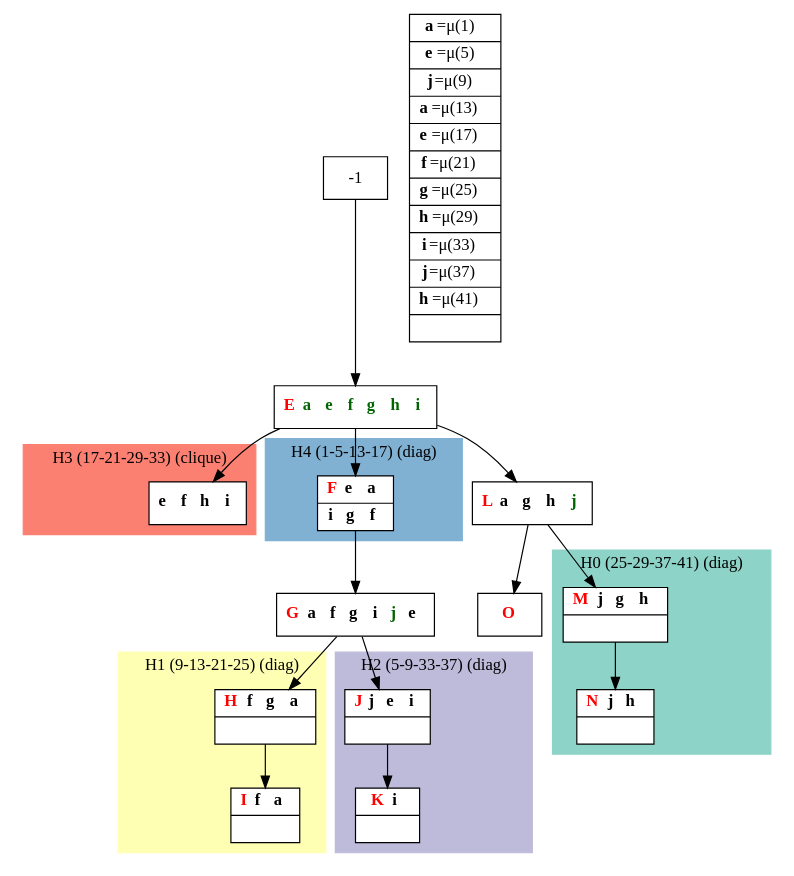
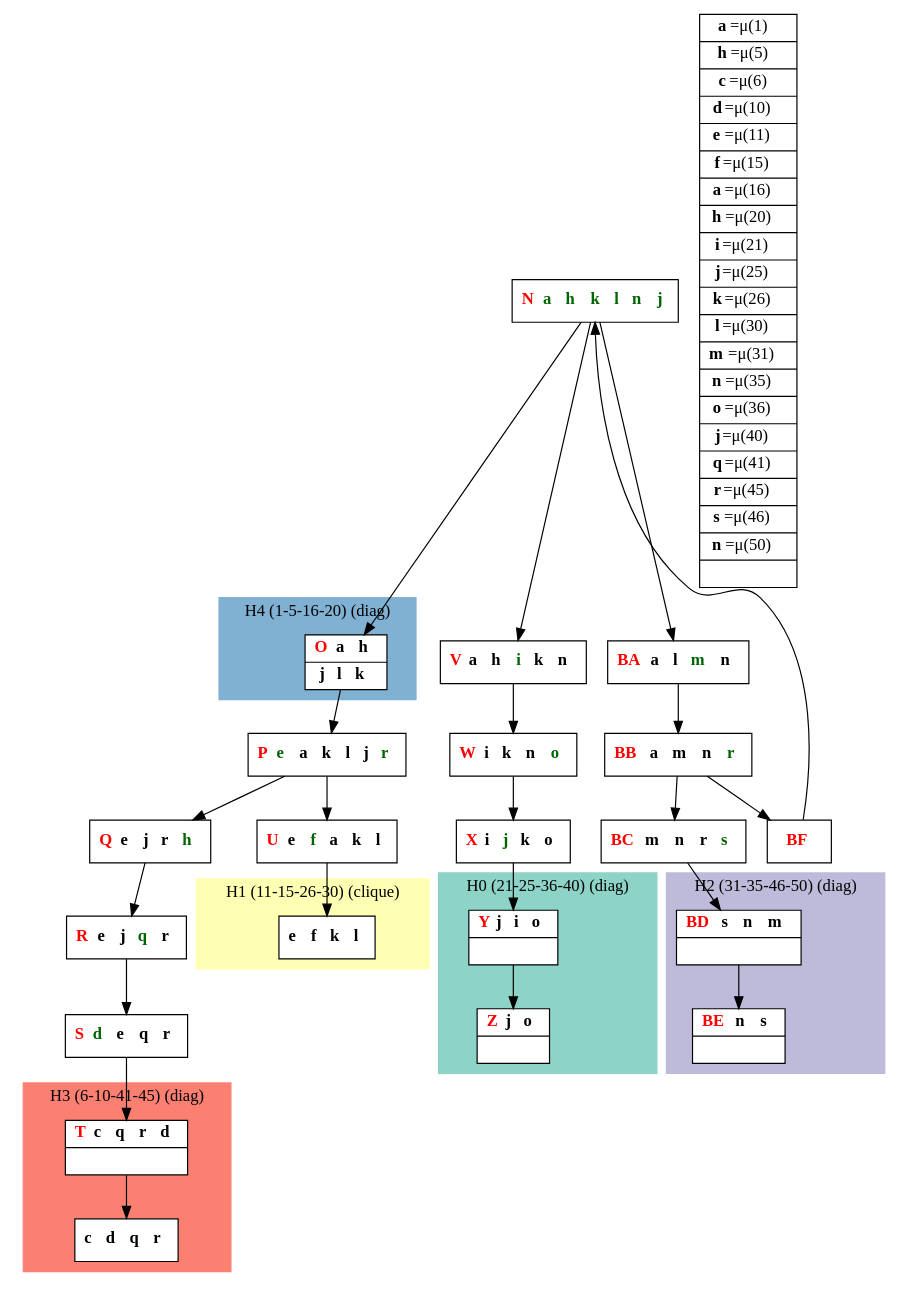
The diagram in results/compact_dot_files/compact_C5_letters.dot (bmarchand/auto-dp), drawn with Graphviz before and after one commit. The commit also changed 84 other files, not shown here.

```diff
--- a/results/compact_dot_files/compact_C5_letters.dot
+++ b/results/compact_dot_files/compact_C5_letters.dot
@@ -1,65 +1,83 @@
 digraph G {
     node [shape=box];
     subgraph cluster0 {
         node [style=filled,fillcolor=white];
         labeljust="l";
         style=filled;
         color="#8DD3C7";
         H0_0 -> H0_5;
-        label="H0 (25-29-37-41) (diag)";
+        label="H0 (21-25-36-40) (diag)";
     }
     subgraph cluster1 {
         node [style=filled,fillcolor=white];
         labeljust="l";
         style=filled;
         color="#FFFFB3";
-        H1_0 -> H1_5;
-        label="H1 (9-13-21-25) (diag)";
+        H1_0;
+        label="H1 (11-15-26-30) (clique)";
     }
     subgraph cluster2 {
         node [style=filled,fillcolor=white];
         labeljust="l";
         style=filled;
         color="#BEBADA";
         H2_0 -> H2_5;
-        label="H2 (5-9-33-37) (diag)";
+        label="H2 (31-35-46-50) (diag)";
     }
     subgraph cluster3 {
         node [style=filled,fillcolor=white];
         labeljust="l";
         style=filled;
         color="#FB8072";
-        H3_0;
-        label="H3 (17-21-29-33) (clique)";
+        H3_0 -> H3_5;
+        label="H3 (6-10-41-45) (diag)";
     }
     subgraph cluster4 {
         node [style=filled,fillcolor=white];
         labeljust="l";
         style=filled;
         color="#80B1D3";
         H4_0;
-        label="H4 (1-5-13-17) (diag)";
+        label="H4 (1-5-16-20) (diag)";
     }
-     1 [shape=record,label= <{  <FONT COLOR="RED"><b>E</b></FONT> <b><FONT COLOR="DARKGREEN">a </FONT></b> <b><FONT COLOR="DARKGREEN">e </FONT></b> <b><FONT COLOR="DARKGREEN">f </FONT></b> <b><FONT COLOR="DARKGREEN">g </FONT></b> <b><FONT COLOR="DARKGREEN">h </FONT></b> <b><FONT COLOR="DARKGREEN">i </FONT></b>}> ];
+     1 [shape=record,label= <{  <FONT COLOR="RED"><b>N</b></FONT> <b><FONT COLOR="DARKGREEN">a </FONT></b> <b><FONT COLOR="DARKGREEN">h </FONT></b> <b><FONT COLOR="DARKGREEN">k </FONT></b> <b><FONT COLOR="DARKGREEN">l </FONT></b> <b><FONT COLOR="DARKGREEN">n </FONT></b> <b><FONT COLOR="DARKGREEN">j </FONT></b>}> ];
      -1  ->  1;
-     H4_0 [shape=record,label= <{  <FONT COLOR="RED"><b>F</b></FONT> <b>e </b> <b>a </b>|  <b>i </b> <b>g </b> <b>f </b>}> ];
+     H4_0 [shape=record,label= <{  <FONT COLOR="RED"><b>O</b></FONT> <b>a </b> <b>h </b>|  <b>j </b> <b>l </b> <b>k </b>}> ];
      1  ->  H4_0;
-     6 [shape=record,label= <{  <FONT COLOR="RED"><b>G</b></FONT> <b>a </b> <b>f </b> <b>g </b> <b>i </b> <b><FONT COLOR="DARKGREEN">j </FONT></b> <b>e </b>}> ];
+     6 [shape=record,label= <{  <FONT COLOR="RED"><b>P</b></FONT> <b><FONT COLOR="DARKGREEN">e </FONT></b> <b>a </b> <b>k </b> <b>l </b> <b>j </b> <b><FONT COLOR="DARKGREEN">r </FONT></b>}> ];
      H4_0  ->  6;
-     H1_0 [shape=record,label= <{  <FONT COLOR="RED"><b>H</b></FONT> <b>f </b> <b>g </b> <b>a </b>| }> ];
-     6  ->  H1_0;
-     H1_5 [shape=record,label= <{  <FONT COLOR="RED"><b>I</b></FONT> <b>f </b> <b>a </b>| }> ];
-     H2_0 [shape=record,label= <{  <FONT COLOR="RED"><b>J</b></FONT> <b>j </b> <b>e </b> <b>i </b>| }> ];
-     6  ->  H2_0;
-     H2_5 [shape=record,label= <{  <FONT COLOR="RED"><b>K</b></FONT> <b>i </b>| }> ];
-     H3_0 [shape=record,label= <{ <b>e </b> <b>f </b> <b>h </b> <b>i </b>}> ];
-     1  ->  H3_0;
-     31 [shape=record,label= <{  <FONT COLOR="RED"><b>L</b></FONT> <b>a </b> <b>g </b> <b>h </b> <b><FONT COLOR="DARKGREEN">j </FONT></b>}> ];
-     1  ->  31;
-     H0_0 [shape=record,label= <{  <FONT COLOR="RED"><b>M</b></FONT> <b>j </b> <b>g </b> <b>h </b>| }> ];
-     31  ->  H0_0;
-     H0_5 [shape=record,label= <{  <FONT COLOR="RED"><b>N</b></FONT> <b>j </b> <b>h </b>| }> ];
-     _1 [shape=record,label= <{  <FONT COLOR="RED"><b>O</b></FONT>}> ];
-     31  ->  _1;
-    labels [shape=record,label= <{<b>a</b>=&#956;(1) | <b>e</b>=&#956;(5) | <b>j</b>=&#956;(9) | <b>a</b>=&#956;(13) | <b>e</b>=&#956;(17) | <b>f</b>=&#956;(21) | <b>g</b>=&#956;(25) | <b>h</b>=&#956;(29) | <b>i</b>=&#956;(33) | <b>j</b>=&#956;(37) | <b>h</b>=&#956;(41) | }> ];
+     7 [shape=record,label= <{  <FONT COLOR="RED"><b>Q</b></FONT> <b>e </b> <b>j </b> <b>r </b> <b><FONT COLOR="DARKGREEN">h </FONT></b>}> ];
+     6  ->  7;
+     10 [shape=record,label= <{  <FONT COLOR="RED"><b>R</b></FONT> <b>e </b> <b>j </b> <b><FONT COLOR="DARKGREEN">q </FONT></b> <b>r </b>}> ];
+     7  ->  10;
+     11 [shape=record,label= <{  <FONT COLOR="RED"><b>S</b></FONT> <b><FONT COLOR="DARKGREEN">d </FONT></b> <b>e </b> <b>q </b> <b>r </b>}> ];
+     10  ->  11;
+     H3_0 [shape=record,label= <{  <FONT COLOR="RED"><b>T</b></FONT> <b>c </b> <b>q </b> <b>r </b> <b>d </b>| }> ];
+     11  ->  H3_0;
+     H3_5 [shape=record,label= <{ <b>c </b> <b>d </b> <b>q </b> <b>r </b>}> ];
+     16 [shape=record,label= <{  <FONT COLOR="RED"><b>U</b></FONT> <b>e </b> <b><FONT COLOR="DARKGREEN">f </FONT></b> <b>a </b> <b>k </b> <b>l </b>}> ];
+     6  ->  16;
+     H1_0 [shape=record,label= <{ <b>e </b> <b>f </b> <b>k </b> <b>l </b>}> ];
+     16  ->  H1_0;
+     26 [shape=record,label= <{  <FONT COLOR="RED"><b>V</b></FONT> <b>a </b> <b>h </b> <b><FONT COLOR="DARKGREEN">i </FONT></b> <b>k </b> <b>n </b>}> ];
+     1  ->  26;
+     28 [shape=record,label= <{  <FONT COLOR="RED"><b>W</b></FONT> <b>i </b> <b>k </b> <b>n </b> <b><FONT COLOR="DARKGREEN">o </FONT></b>}> ];
+     26  ->  28;
+     29 [shape=record,label= <{  <FONT COLOR="RED"><b>X</b></FONT> <b>i </b> <b><FONT COLOR="DARKGREEN">j </FONT></b> <b>k </b> <b>o </b>}> ];
+     28  ->  29;
+     H0_0 [shape=record,label= <{  <FONT COLOR="RED"><b>Y</b></FONT> <b>j </b> <b>i </b> <b>o </b>| }> ];
+     29  ->  H0_0;
+     H0_5 [shape=record,label= <{  <FONT COLOR="RED"><b>Z</b></FONT> <b>j </b> <b>o </b>| }> ];
+     36 [shape=record,label= <{  <FONT COLOR="RED"><b>BA</b></FONT> <b>a </b> <b>l </b> <b><FONT COLOR="DARKGREEN">m </FONT></b> <b>n </b>}> ];
+     1  ->  36;
+     37 [shape=record,label= <{  <FONT COLOR="RED"><b>BB</b></FONT> <b>a </b> <b>m </b> <b>n </b> <b><FONT COLOR="DARKGREEN">r </FONT></b>}> ];
+     36  ->  37;
+     38 [shape=record,label= <{  <FONT COLOR="RED"><b>BC</b></FONT> <b>m </b> <b>n </b> <b>r </b> <b><FONT COLOR="DARKGREEN">s </FONT></b>}> ];
+     37  ->  38;
+     H2_0 [shape=record,label= <{  <FONT COLOR="RED"><b>BD</b></FONT> <b>s </b> <b>n </b> <b>m </b>| }> ];
+     38  ->  H2_0;
+     H2_5 [shape=record,label= <{  <FONT COLOR="RED"><b>BE</b></FONT> <b>n </b> <b>s </b>| }> ];
+     -1 [shape=record,label= <{  <FONT COLOR="RED"><b>BF</b></FONT>}> ];
+     37  ->  -1;
+    labels [shape=record,label= <{<b>a</b>=&#956;(1) | <b>h</b>=&#956;(5) | <b>c</b>=&#956;(6) | <b>d</b>=&#956;(10) | <b>e</b>=&#956;(11) | <b>f</b>=&#956;(15) | <b>a</b>=&#956;(16) | <b>h</b>=&#956;(20) | <b>i</b>=&#956;(21) | <b>j</b>=&#956;(25) | <b>k</b>=&#956;(26) | <b>l</b>=&#956;(30) | <b>m</b>=&#956;(31) | <b>n</b>=&#956;(35) | <b>o</b>=&#956;(36) | <b>j</b>=&#956;(40) | <b>q</b>=&#956;(41) | <b>r</b>=&#956;(45) | <b>s</b>=&#956;(46) | <b>n</b>=&#956;(50) | }> ];
 }
```
